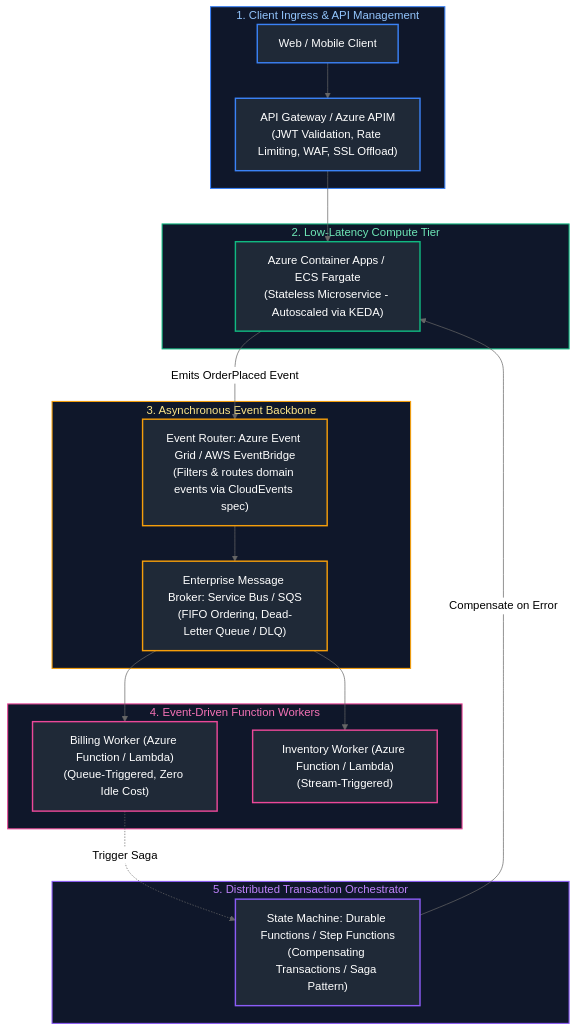
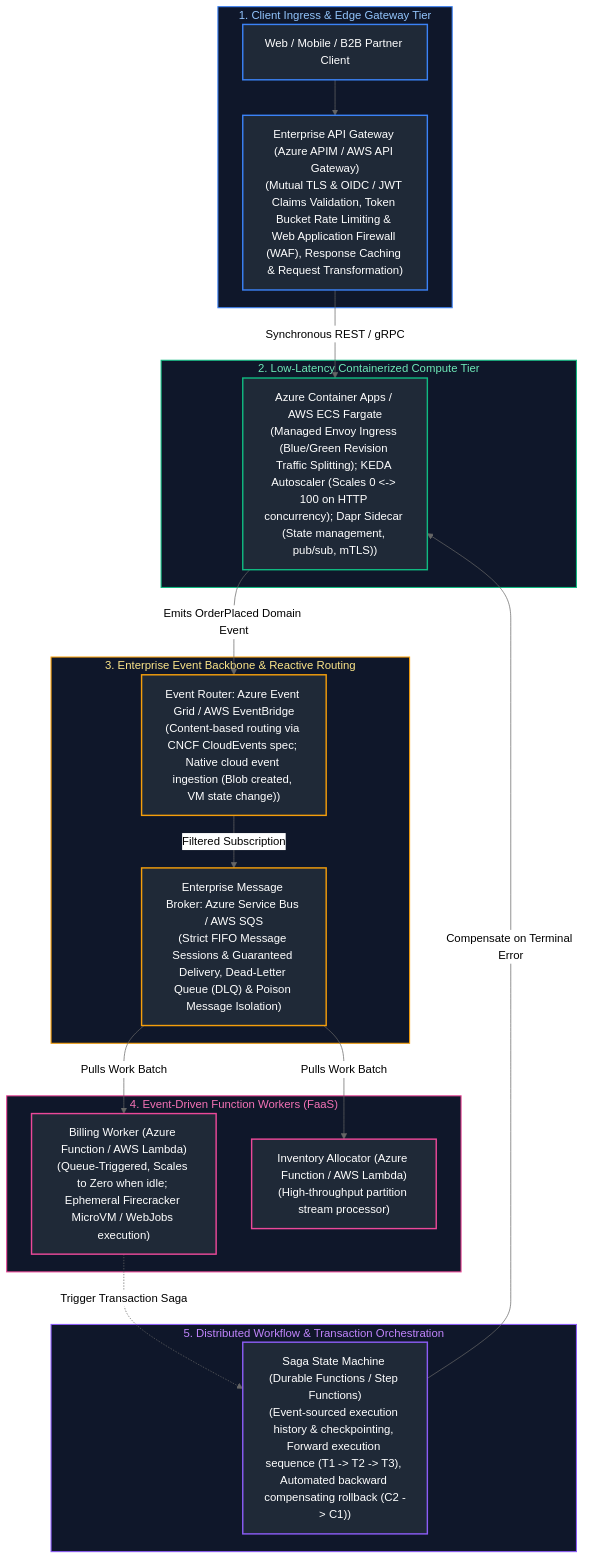
One commit to joydeep-biswas/Interview-Preparation changed the first of 12 diagrams in Cloud Engineering/13_serverless_and_cloud_native_architecture.md. Above: the diagram before and after it, drawn with Mermaid (neutral theme). The commit also changed other lines of this file and 143 other files, not shown here.

````diff
--- a/Cloud Engineering/13_serverless_and_cloud_native_architecture.md
+++ b/Cloud Engineering/13_serverless_and_cloud_native_architecture.md
@@ -9,48 +9,48 @@
 ```mermaid
 flowchart TD
-    subgraph ClientAndIngress ["1. Client Ingress & API Management"]
-        ClientApp["Web / Mobile Client"]
-        APIGateway["API Gateway / Azure APIM<br/>(JWT Validation, Rate Limiting, WAF, SSL Offload)"]
+    subgraph ClientAndIngress ["1. Client Ingress & Edge Gateway Tier"]
+        ClientApp["Web / Mobile / B2B Partner Client"]
+        APIGateway["Enterprise API Gateway (Azure APIM / AWS API Gateway)<br/>(Mutual TLS & OIDC / JWT Claims Validation, Token Bucket Rate Limiting & Web Application Firewall (WAF), Response Caching & Request Transformation)"]
         ClientApp --> APIGateway
     end
 
-    subgraph SynchronousCompute ["2. Low-Latency Compute Tier"]
-        ContainerApp["Azure Container Apps / ECS Fargate<br/>(Stateless Microservice - Autoscaled via KEDA)"]
-        APIGateway --> ContainerApp
+    subgraph SynchronousCompute ["2. Low-Latency Containerized Compute Tier"]
+        ContainerApp["Azure Container Apps / AWS ECS Fargate<br/>(Managed Envoy Ingress (Blue/Green Revision Traffic Splitting); KEDA Autoscaler (Scales 0 <-> 100 on HTTP concurrency); Dapr Sidecar (State management, pub/sub, mTLS))"]
+        APIGateway -->|"Synchronous REST / gRPC"| ContainerApp
     end
 
-    subgraph AsyncEventBus ["3. Asynchronous Event Backbone"]
-        EventGrid["Event Router: Azure Event Grid / AWS EventBridge<br/>(Filters & routes domain events via CloudEvents spec)"]
-        ServiceQueue["Enterprise Message Broker: Service Bus / SQS<br/>(FIFO Ordering, Dead-Letter Queue / DLQ)"]
-        ContainerApp -->|"Emits OrderPlaced Event"| EventGrid
-        EventGrid --> ServiceQueue
+    subgraph AsyncEventBackbone ["3. Enterprise Event Backbone & Reactive Routing"]
+        EventGrid["Event Router: Azure Event Grid / AWS EventBridge<br/>(Content-based routing via CNCF CloudEvents spec; Native cloud event ingestion (Blob created, VM state change))"]
+        ServiceQueue["Enterprise Message Broker: Azure Service Bus / AWS SQS<br/>(Strict FIFO Message Sessions & Guaranteed Delivery, Dead-Letter Queue (DLQ) & Poison Message Isolation)"]
+        ContainerApp -->|"Emits OrderPlaced Domain Event"| EventGrid
+        EventGrid -->|"Filtered Subscription"| ServiceQueue
     end
 
-    subgraph ServerlessWorkers ["4. Event-Driven Function Workers"]
-        BillingFunc["Billing Worker (Azure Function / Lambda)<br/>(Queue-Triggered, Zero Idle Cost)"]
-        InventoryFunc["Inventory Worker (Azure Function / Lambda)<br/>(Stream-Triggered)"]
-        ServiceQueue --> BillingFunc
-        ServiceQueue --> InventoryFunc
+    subgraph ServerlessWorkers ["4. Event-Driven Function Workers (FaaS)"]
+        BillingFunc["Billing Worker (Azure Function / AWS Lambda)<br/>(Queue-Triggered, Scales to Zero when idle; Ephemeral Firecracker MicroVM / WebJobs execution)"]
+        InventoryFunc["Inventory Allocator (Azure Function / AWS Lambda)<br/>(High-throughput partition stream processor)"]
+        ServiceQueue -->|"Pulls Work Batch"| BillingFunc
+        ServiceQueue -->|"Pulls Work Batch"| InventoryFunc
     end
 
-    subgraph SagaOrchestration ["5. Distributed Transaction Orchestrator"]
-        StepEngine["State Machine: Durable Functions / Step Functions<br/>(Compensating Transactions / Saga Pattern)"]
-        BillingFunc -.->|"Trigger Saga"| StepEngine
-        StepEngine -->|"Compensate on Error"| ContainerApp
+    subgraph SagaOrchestration ["5. Distributed Workflow & Transaction Orchestration"]
+        SagaCoordinator["Saga State Machine (Durable Functions / Step Functions)<br/>(Event-sourced execution history & checkpointing, Forward execution sequence (T1 -> T2 -> T3), Automated backward compensating rollback (C2 -> C1))"]
+        BillingFunc -.->|"Trigger Transaction Saga"| SagaCoordinator
+        SagaCoordinator -->|"Compensate on Terminal Error"| ContainerApp
     end
 
     style ClientAndIngress fill:#0f172a,stroke:#3b82f6,stroke-width:1.5px,color:#93c5fd
     style SynchronousCompute fill:#0f172a,stroke:#10b981,stroke-width:1.5px,color:#6ee7b7
-    style AsyncEventBus fill:#0f172a,stroke:#f59e0b,stroke-width:1.5px,color:#fde68a
+    style AsyncEventBackbone fill:#0f172a,stroke:#f59e0b,stroke-width:1.5px,color:#fde68a
     style ServerlessWorkers fill:#0f172a,stroke:#ec4899,stroke-width:1.5px,color:#f472b6
     style SagaOrchestration fill:#0f172a,stroke:#8b5cf6,stroke-width:1.5px,color:#c084fc
 
     style ClientApp fill:#1f2937,stroke:#3b82f6,stroke-width:2px,color:#fff
     style APIGateway fill:#1f2937,stroke:#3b82f6,stroke-width:2px,color:#fff
     style ContainerApp fill:#1f2937,stroke:#10b981,stroke-width:2px,color:#fff
     style EventGrid fill:#1f2937,stroke:#f59e0b,stroke-width:2px,color:#fff
     style ServiceQueue fill:#1f2937,stroke:#f59e0b,stroke-width:2px,color:#fff
     style BillingFunc fill:#1f2937,stroke:#ec4899,stroke-width:2px,color:#fff
     style InventoryFunc fill:#1f2937,stroke:#ec4899,stroke-width:2px,color:#fff
-    style StepEngine fill:#1f2937,stroke:#8b5cf6,stroke-width:2px,color:#fff
+    style SagaCoordinator fill:#1f2937,stroke:#8b5cf6,stroke-width:2px,color:#fff
 ```
````
